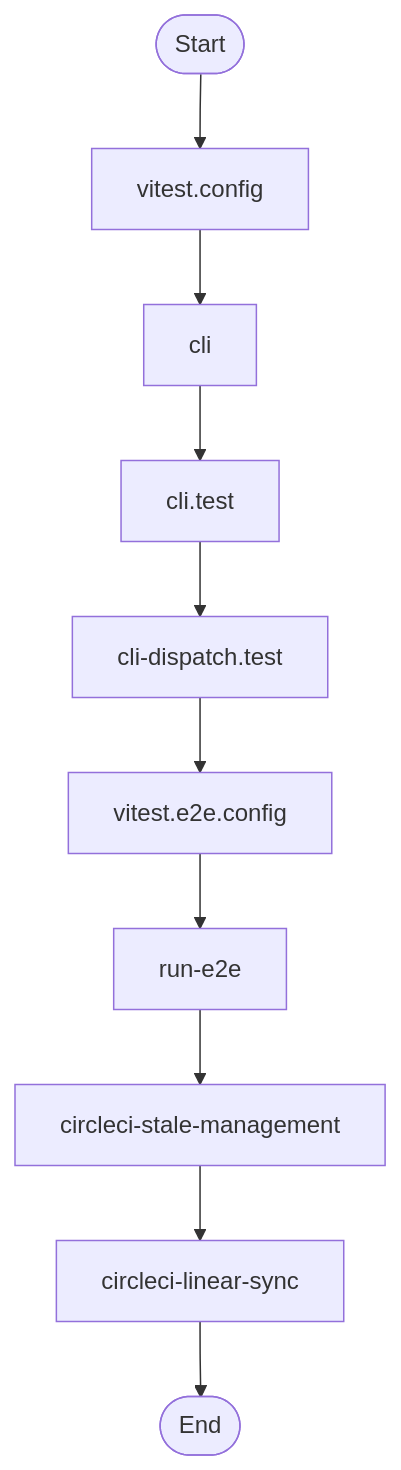
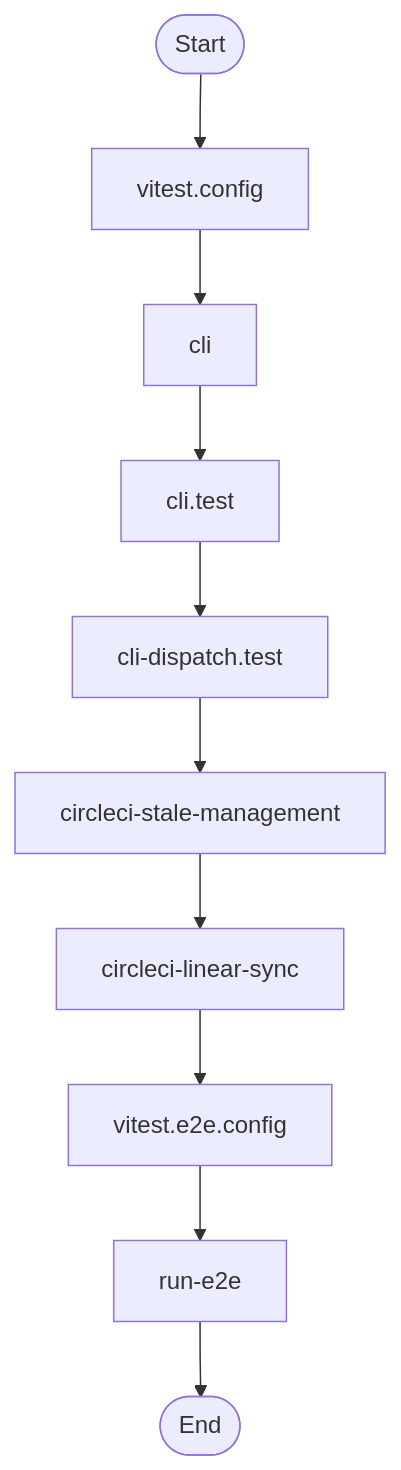
The seventh of 10 diagrams in AI/context/diagram-context.md (jscraik/coding-harness), drawn with Mermaid before and after one commit. The commit also changed other lines of this file, not shown here.

First line of the commit message:
chore(diagrams): refresh architecture context artifact

````diff
--- a/AI/context/diagram-context.md
+++ b/AI/context/diagram-context.md
@@ -2105,23 +2108,23 @@
 ```mermaid
 flowchart TD
   Start(["Start"])
   vitest_config_a9f1245e["vitest.config"]
   Start --> vitest_config_a9f1245e
   cli_99bb8840["cli"]
   vitest_config_a9f1245e --> cli_99bb8840
   cli_test_4851f28b["cli.test"]
   cli_99bb8840 --> cli_test_4851f28b
   cli_dispatch_test_54c9f17b["cli-dispatch.test"]
   cli_test_4851f28b --> cli_dispatch_test_54c9f17b
+  circleci_stale_management_664de1d9["circleci-stale-management"]
+  cli_dispatch_test_54c9f17b --> circleci_stale_management_664de1d9
+  circleci_linear_sync_19c0d6da["circleci-linear-sync"]
+  circleci_stale_management_664de1d9 --> circleci_linear_sync_19c0d6da
   vitest_e2e_config_4e2a61bc["vitest.e2e.config"]
-  cli_dispatch_test_54c9f17b --> vitest_e2e_config_4e2a61bc
+  circleci_linear_sync_19c0d6da --> vitest_e2e_config_4e2a61bc
   run_e2e_39efe696["run-e2e"]
   vitest_e2e_config_4e2a61bc --> run_e2e_39efe696
-  circleci_stale_management_664de1d9["circleci-stale-management"]
-  run_e2e_39efe696 --> circleci_stale_management_664de1d9
-  circleci_linear_sync_19c0d6da["circleci-linear-sync"]
-  circleci_stale_management_664de1d9 --> circleci_linear_sync_19c0d6da
   End(["End"])
-  circleci_linear_sync_19c0d6da --> End
+  run_e2e_39efe696 --> End
 
 ```
````
